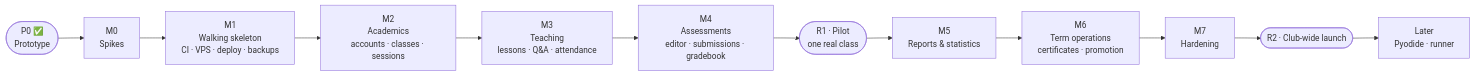
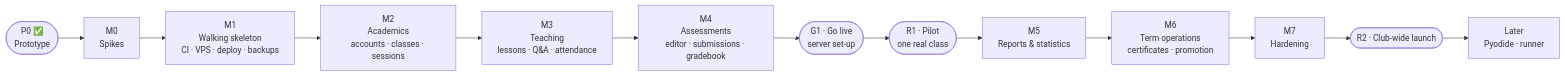
One commit to codingspacekh/cckhlms changed the diagram in docs/05-milestones.md. Above: the diagram before and after it, drawn with Mermaid. The commit also changed other lines of this file and 1 other file, not shown here.

Commit message:
Docs: M1 result; server set-up deferred to G1 (before R1) (#3)

````diff
--- a/docs/05-milestones.md
+++ b/docs/05-milestones.md
@@ -15,14 +15,15 @@
 ```mermaid
 flowchart LR
   P0(["P0 ✅<br/>Prototype"]) --> M0["M0<br/>Spikes"]
   M0 --> M1["M1<br/>Walking skeleton<br/>CI · VPS · deploy · backups"]
   M1 --> M2["M2<br/>Academics<br/>accounts · classes · sessions"]
   M2 --> M3["M3<br/>Teaching<br/>lessons · Q&A · attendance"]
   M3 --> M4["M4<br/>Assessments<br/>editor · submissions · gradebook"]
-  M4 --> R1(["R1 · Pilot<br/>one real class"])
+  M4 --> G1(["G1 · Go live<br/>server set-up"])
+  G1 --> R1(["R1 · Pilot<br/>one real class"])
   R1 --> M5["M5<br/>Reports & statistics"]
   M5 --> M6["M6<br/>Term operations<br/>certificates · promotion"]
   M6 --> M7["M7<br/>Hardening"]
   M7 --> R2(["R2 · Club-wide launch"])
   R2 --> L["Later<br/>Pyodide · runner"]
 ```
````
